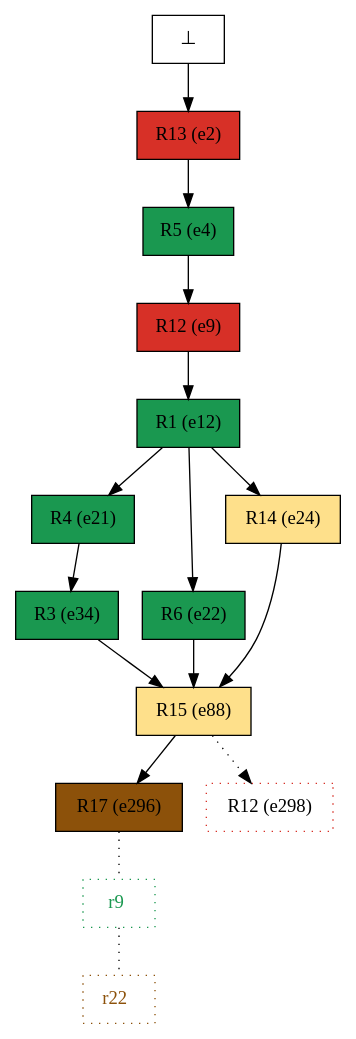
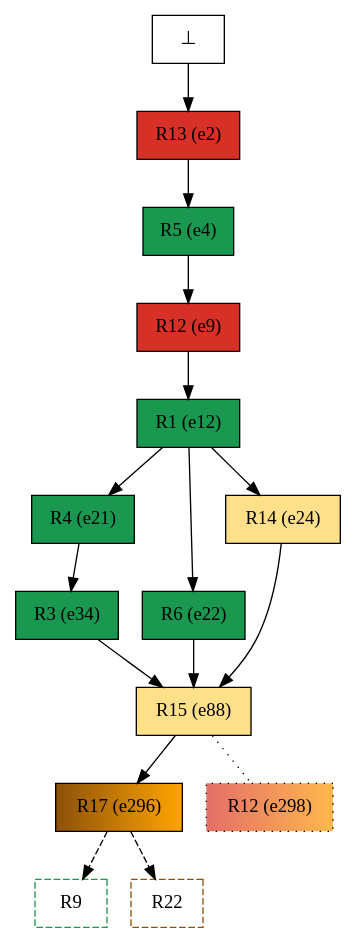
One commit to giannkas/ecofolder changed the diagram in examples/oursin_tasmanie/mrk_instances/alg2urc/mindoo_confs/01_mindoo_conf_colored.dot. Above: the diagram before and after it, drawn with Graphviz. The commit also changed 58 other files, not shown here.

```diff
--- a/examples/oursin_tasmanie/mrk_instances/alg2urc/mindoo_confs/01_mindoo_conf_colored.dot
+++ b/examples/oursin_tasmanie/mrk_instances/alg2urc/mindoo_confs/01_mindoo_conf_colored.dot
@@ -1,31 +1,31 @@
 digraph test {
   e2 -> e4;
   e4 -> e9;
   e9 -> e12;
   e12 -> e21;
   e12 -> e22;
   e12 -> e24;
   e21 -> e34;
   e22 -> e88;
   e24 -> e88;
   e34 -> e88;
   e88 -> e296;
-  e88 -> e298 [style=dotted];
-  e296 -> r9 [arrowhead=none color="black" style=dotted];
-  r9 -> r22 [arrowhead=none color="black" style=dotted];
+  e88 -> e298 [arrowhead=none style=dotted];
+  e296 -> r9 [color="black" style=dashed];
+  e296 -> r22 [color="black" style=dashed];
   e0 -> e2;
   e2 [color="black" fillcolor="#d73027:#d73027" label="R13 (e2)" shape=box style=filled];
   e4 [color="black" fillcolor="#1a9850:#1a9850" label="R5 (e4)" shape=box style=filled];
   e9 [color="black" fillcolor="#d73027:#d73027" label="R12 (e9)" shape=box style=filled];
   e12 [color="black" fillcolor="#1a9850:#1a9850" label="R1 (e12)" shape=box style=filled];
   e21 [color="black" fillcolor="#1a9850:#1a9850" label="R4 (e21)" shape=box style=filled];
   e22 [color="black" fillcolor="#1a9850:#1a9850" label="R6 (e22)" shape=box style=filled];
   e24 [color="black" fillcolor="#fee08b:#fee08b" label="R14 (e24)" shape=box style=filled];
   e34 [color="black" fillcolor="#1a9850:#1a9850" label="R3 (e34)" shape=box style=filled];
   e88 [color="black" fillcolor="#fee08b:#fee08b" label="R15 (e88)" shape=box style=filled];
-  e296 [color="black" fillcolor="#8c510a:#8c510a" label="R17 (e296)" shape=box style=filled];
-  e298 [color="#d73027" fillcolor="#d73027:#d73027" label="R12 (e298)" shape=box style=dotted];
+  e296 [color="black" fillcolor="#8c510a:orange" label="R17 (e296)" shape=box style=filled];
+  e298 [color="black" fillcolor="#d73027b2:#ff9900b2" label="R12 (e298)" shape=box style="filled,dotted"];
   e0 [fillcolor="white" label="⊥" shape=box style=filled];
-  r9 [fillcolor="transparent" color="#1a9850" label= <<FONT COLOR="#1a9850">r9</FONT>> shape=box style=dotted];
-  r22 [fillcolor="transparent" color="#8c510a" label= <<FONT COLOR="#8c510a">r22</FONT>> shape=box style=dotted];
+  r9 [fillcolor="transparent" color="#1a9850" label=R9 shape=box style=dashed];
+  r22 [fillcolor="transparent" color="#8c510a" label=R22 shape=box style=dashed];
 }
```
